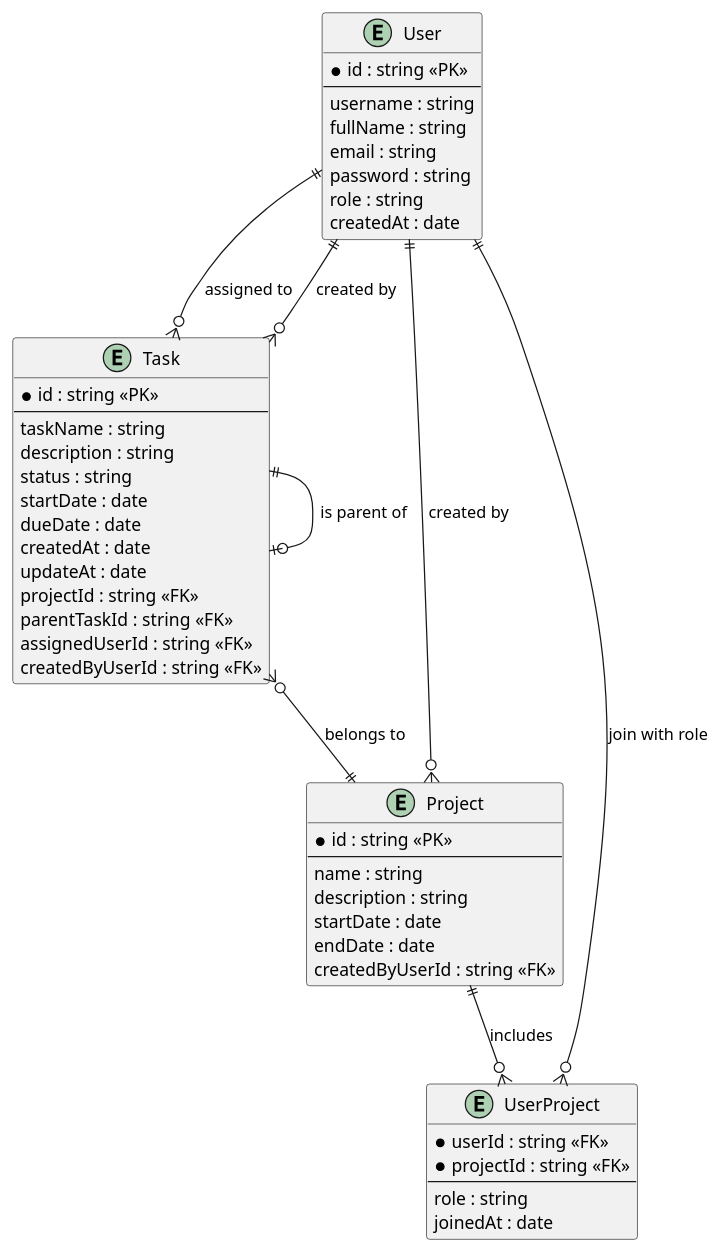
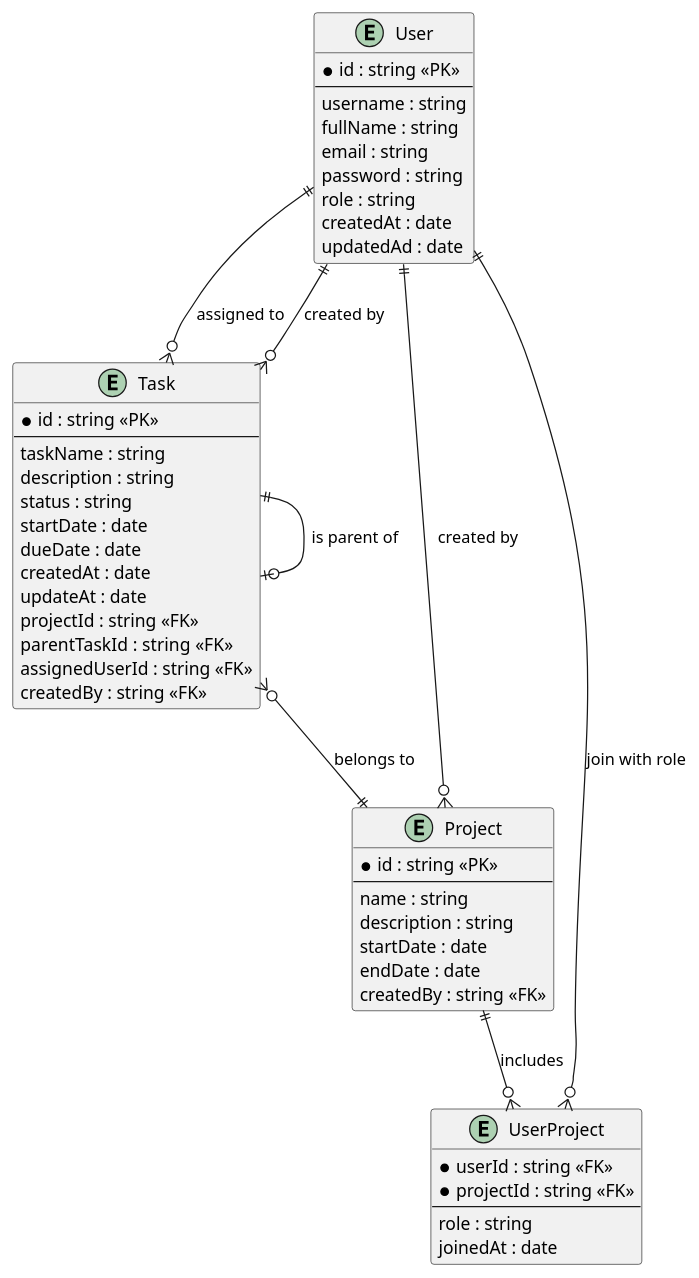
Before and after one commit to manhcuongno3/SET-747: the diagram in backend/diagrams/erd.pu, drawn with PlantUML. The commit also changed 1 other file, not shown here.

Commit message:
renovate : add erd user, project, task

```diff
--- a/backend/diagrams/erd.pu
+++ b/backend/diagrams/erd.pu
@@ -1,54 +1,55 @@
 @startuml
 entity "User" as user {
     * id : string <<PK>>
     --
     username : string
     fullName : string
     email : string
     password : string
     role : string
     createdAt : date
+    updatedAd : date
 }
 
 entity "Task" as task {
     * id : string <<PK>>
     --
     taskName : string
     description : string
     status : string
     startDate : date
     dueDate : date
     createdAt : date
     updateAt : date
     projectId : string <<FK>>
     parentTaskId : string <<FK>>
     assignedUserId : string <<FK>>
-    createdByUserId : string <<FK>>
+    createdBy : string <<FK>>
 }
 
 entity "Project" as project {
     * id : string <<PK>>
     --
     name : string
     description : string
     startDate : date
     endDate : date
-    createdByUserId : string <<FK>>
+    createdBy : string <<FK>>
 }
 
 entity "UserProject" as userProject {
     * userId : string <<FK>>
     * projectId : string <<FK>>
     --
     role : string
     joinedAt : date
 }
 
 user ||--o{ userProject : "join with role"
 project ||--o{ userProject : "includes"
 user ||--o{ task : "assigned to"
 user ||--o{ task : "created by"
 task }o--|| project : "belongs to"
 user ||--o{ project : "created by"
 task ||--o| task : "is parent of"
-@enduml 
+@enduml
```
